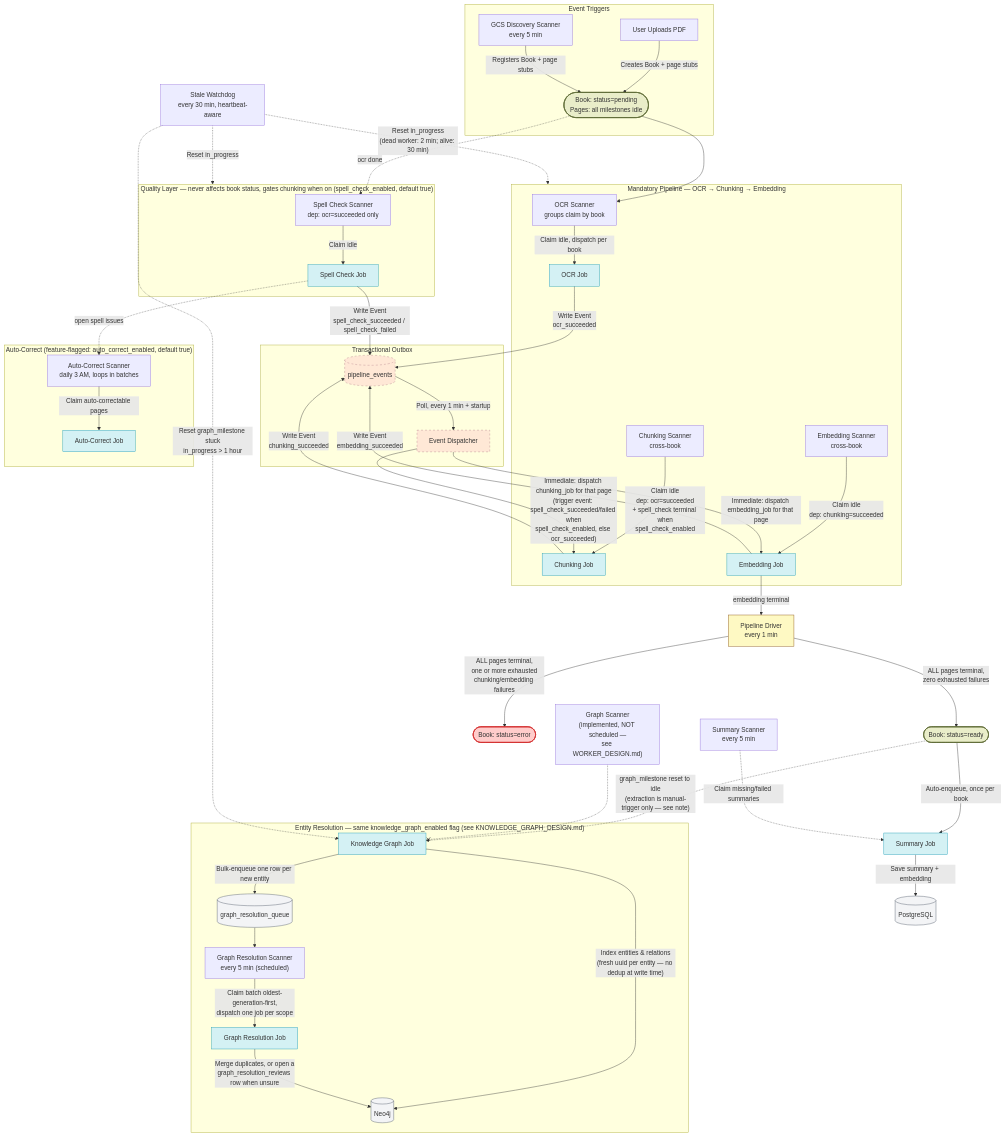
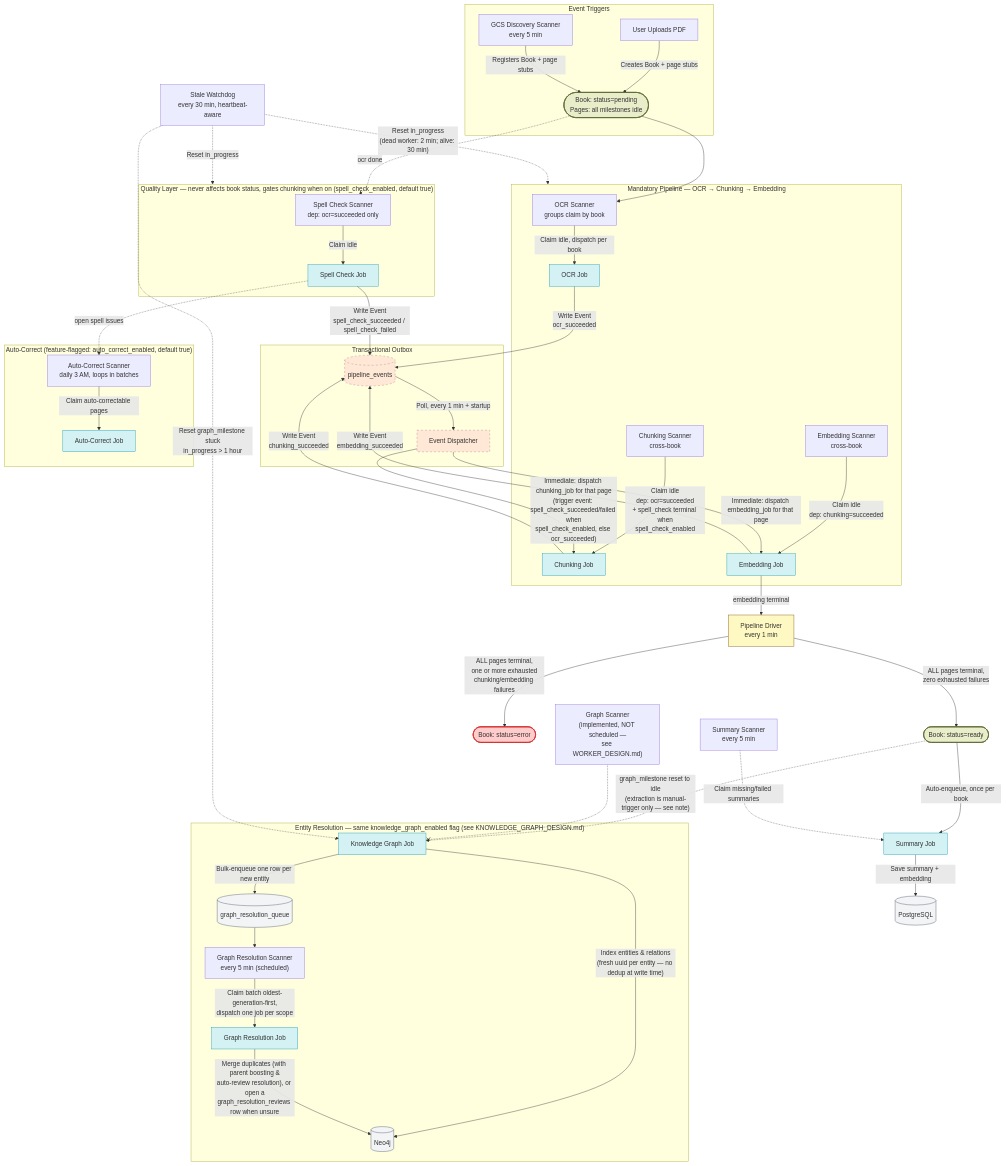
One commit to Kitabim-AI/kitabim-ai changed the first of 3 diagrams in docs/main/BOOK_PROCESSING_DIAGRAM.md. Above: the diagram before and after it, drawn with Mermaid. The commit also changed 4 other files, not shown here.

Commit message:
docs: update chat architecture documentation, diagram flows, and repository method descriptions

```diff
--- a/docs/main/BOOK_PROCESSING_DIAGRAM.md
+++ b/docs/main/BOOK_PROCESSING_DIAGRAM.md
@@ -57,7 +57,7 @@
         J_KG -->|"Bulk-enqueue one row per new entity"| GQ[(graph_resolution_queue)]
         GQ --> S_GR["Graph Resolution Scanner<br/>every 5 min (scheduled)"]
         S_GR -->|"Claim batch oldest-generation-first,<br/>dispatch one job per scope"| J_GR[Graph Resolution Job]
-        J_GR -->|"Merge duplicates, or open a<br/>graph_resolution_reviews row when unsure"| N4J
+        J_GR -->|"Merge duplicates (with parent boosting &<br/>auto-review resolution), or open a<br/>graph_resolution_reviews row when unsure"| N4J
     end
 
     %% Quality layer — never affects book status, but does gate chunking when enabled
```
